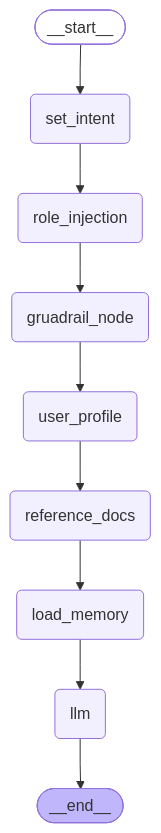
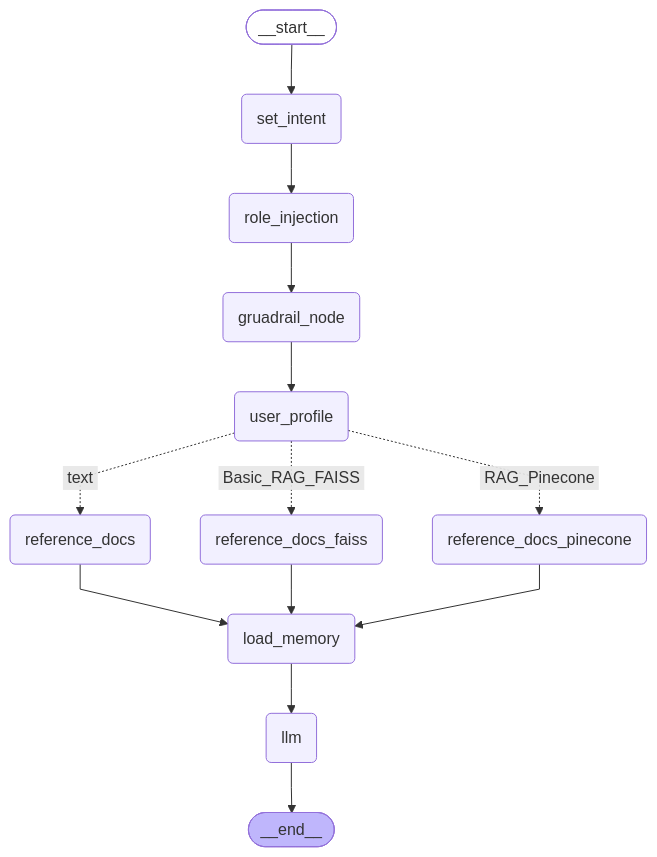
Before and after one commit to vimalraj2it/agentic-chatbot: the diagram in graph/faq_flow.md, drawn with Mermaid. The commit also changed 1 other file, not shown here.

````diff
--- a/graph/faq_flow.md
+++ b/graph/faq_flow.md
@@ -1,29 +1,35 @@
 ```mermaid
 ---
 config:
   flowchart:
     curve: linear
 ---
 graph TD;
 	__start__([<p>__start__</p>]):::first
 	set_intent(set_intent)
 	role_injection(role_injection)
 	gruadrail_node(gruadrail_node)
 	user_profile(user_profile)
 	reference_docs(reference_docs)
+	reference_docs_faiss(reference_docs_faiss)
+	reference_docs_pinecone(reference_docs_pinecone)
 	load_memory(load_memory)
 	llm(llm)
 	__end__([<p>__end__</p>]):::last
 	__start__ --> set_intent;
 	gruadrail_node --> user_profile;
 	load_memory --> llm;
 	reference_docs --> load_memory;
+	reference_docs_faiss --> load_memory;
+	reference_docs_pinecone --> load_memory;
 	role_injection --> gruadrail_node;
 	set_intent --> role_injection;
-	user_profile --> reference_docs;
+	user_profile -. &nbsp;text&nbsp; .-> reference_docs;
+	user_profile -. &nbsp;Basic_RAG_FAISS&nbsp; .-> reference_docs_faiss;
+	user_profile -. &nbsp;RAG_Pinecone&nbsp; .-> reference_docs_pinecone;
 	llm --> __end__;
 	classDef default fill:#f2f0ff,line-height:1.2
 	classDef first fill-opacity:0
 	classDef last fill:#bfb6fc
 
 ```
````
